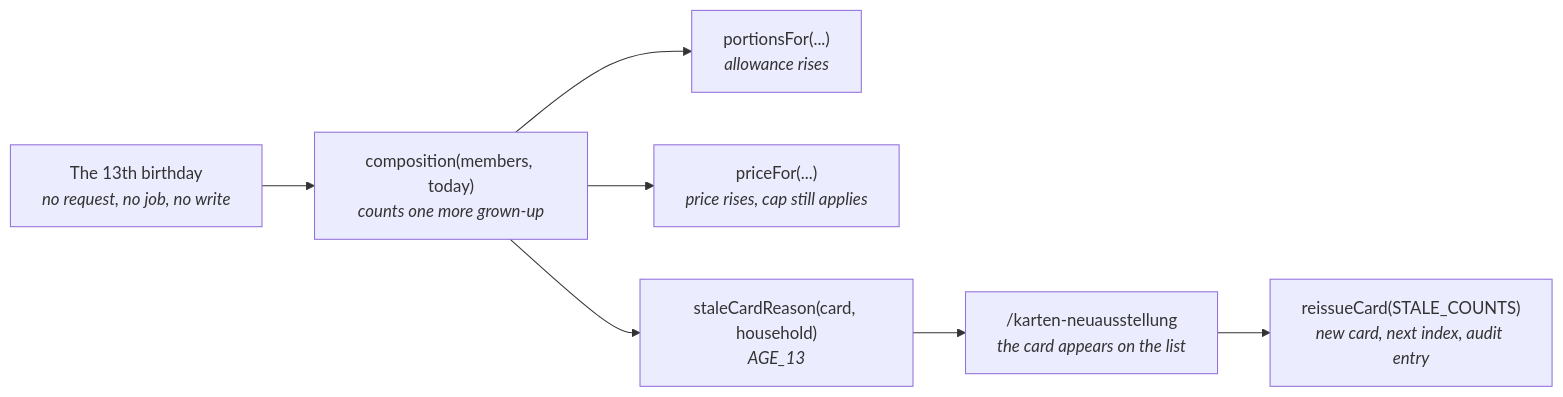
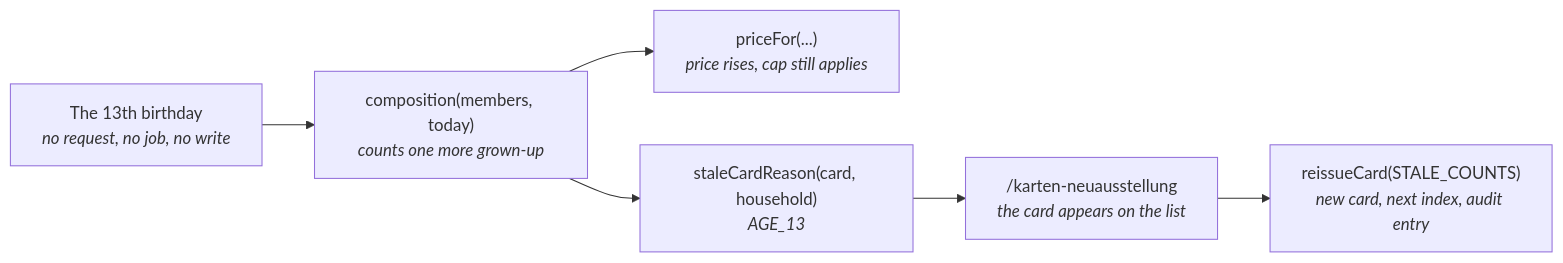
The fourth of 4 diagrams in docs/architecture/06-runtime-view.md (Lin0pan/FD-management), drawn with Mermaid before and after one commit. The commit also changed other lines of this file and 83 other files, not shown here.

````diff
--- a/docs/architecture/06-runtime-view.md
+++ b/docs/architecture/06-runtime-view.md
@@ -143,14 +143,12 @@
 ```mermaid
 flowchart LR
     day["The 13th birthday<br/><i>no request, no job, no write</i>"]
     comp["composition(members, today)<br/><i>counts one more grown-up</i>"]
-    portions["portionsFor(...)<br/><i>allowance rises</i>"]
     price["priceFor(...)<br/><i>price rises, cap still applies</i>"]
     stale["staleCardReason(card, household)<br/><i>AGE_13</i>"]
     list["/karten-neuausstellung<br/><i>the card appears on the list</i>"]
     reissue["reissueCard(STALE_COUNTS)<br/><i>new card, next index, audit entry</i>"]
 
-    day --> comp --> portions
-    comp --> price
+    day --> comp --> price
     comp --> stale --> list --> reissue
 ```
````
